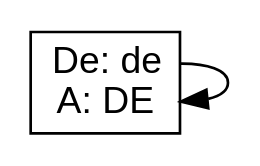
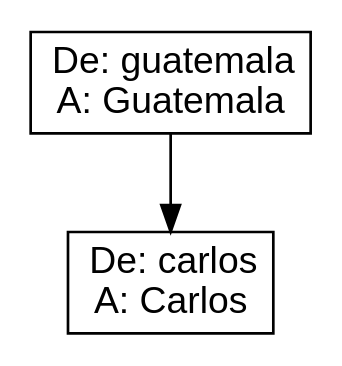
The diagram in Practica 1/PilaRevertidos.dot (TaTo30/EDD20S1-201800585), drawn with Graphviz before and after one commit. The commit also changed 12 other files, not shown here.

```diff
--- a/Practica 1/PilaRevertidos.dot
+++ b/Practica 1/PilaRevertidos.dot
@@ -1,5 +1,6 @@
 digraph L {
   node [shape=record fontname=Arial];
-0 [label="De: de\lA: DE"]
-0 -> 0
+0 [label="De: guatemala\lA: Guatemala"]
+1 [label="De: carlos\lA: Carlos"]
+0 -> 1
  }
```
